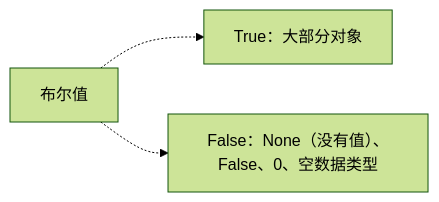
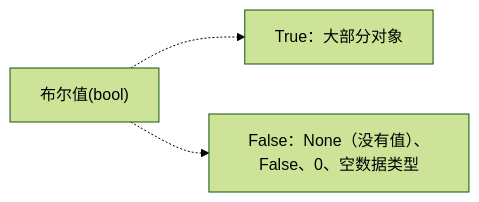
One commit to headsir/file20230214 changed the second of 7 diagrams in python/学习笔记/Python学习.md. Above: the diagram before and after it, drawn with Mermaid (forest theme). The commit also changed other lines of this file, not shown here.

````diff
--- a/python/学习笔记/Python学习.md
+++ b/python/学习笔记/Python学习.md
@@ -305,5 +347,5 @@
 ```mermaid
 graph LR
-	id1[布尔值] -.-> id2["True：大部分对象"]
-	id1[布尔值] -.-> id3["False：None（没有值）、False、0、空数据类型"]
+	id1["布尔值(bool)"] -.-> id2["True：大部分对象"]
+	id1["布尔值(bool)"] -.-> id3["False：None（没有值）、False、0、空数据类型"]
 ```
````
